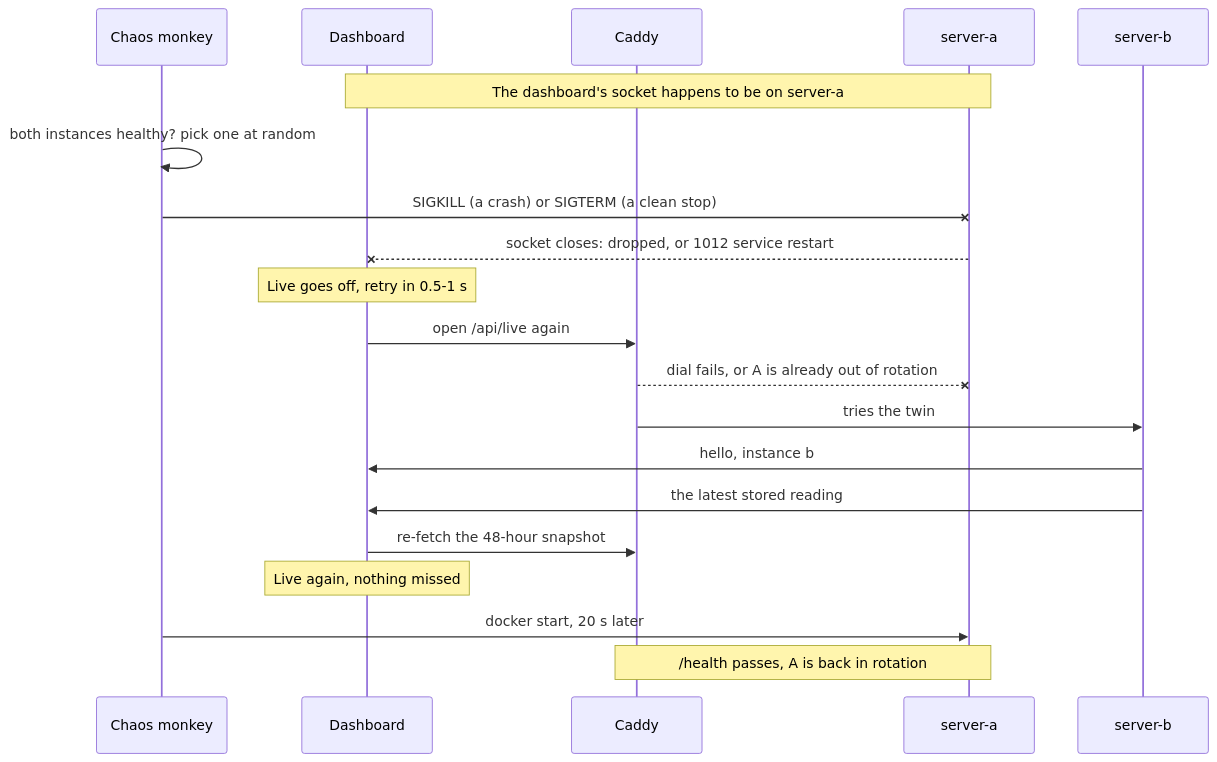
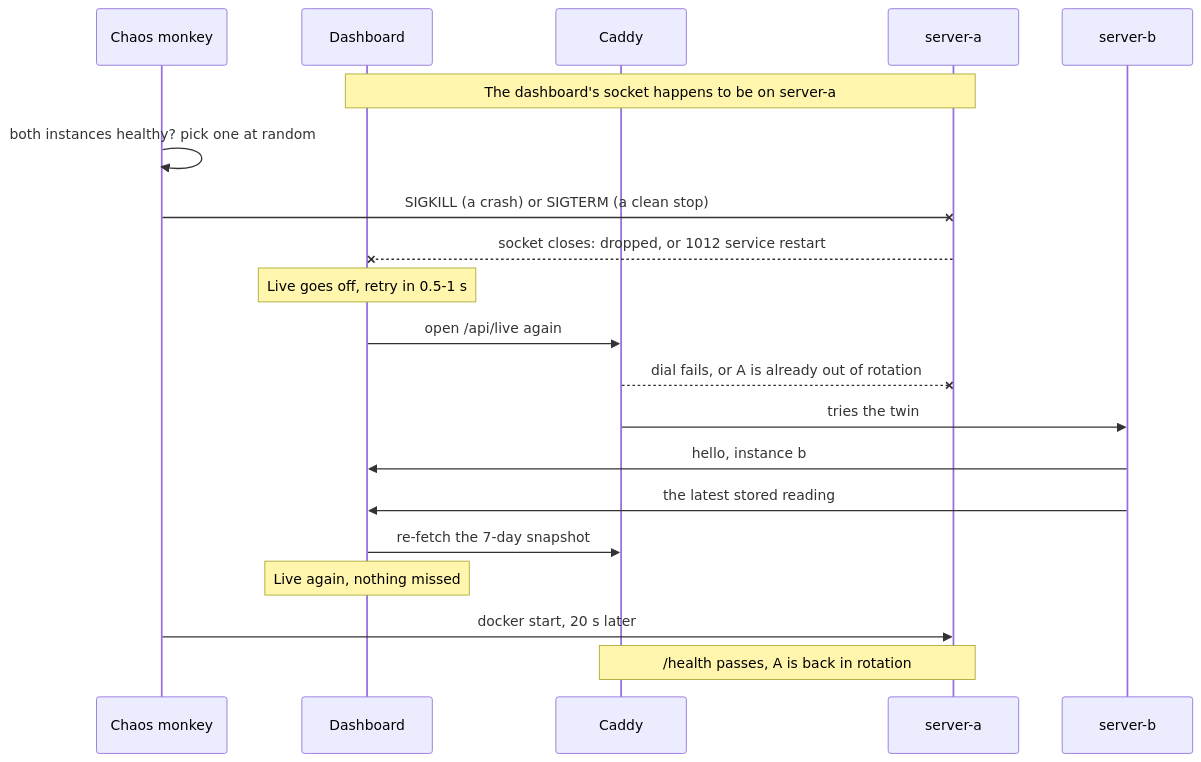
Before and after one commit to juhawilppu/plant: the third of 3 diagrams in README.md, drawn with Mermaid. The commit also changed other lines of this file and 7 other files, not shown here.

````diff
--- a/README.md
+++ b/README.md
@@ -126,23 +126,23 @@
 ```mermaid
 sequenceDiagram
     participant C as Chaos monkey
     participant D as Dashboard
     participant K as Caddy
     participant A as server-a
     participant B as server-b
 
     Note over D,A: The dashboard's socket happens to be on server-a
     C->>C: both instances healthy? pick one at random
     C-xA: SIGKILL (a crash) or SIGTERM (a clean stop)
     A--xD: socket closes: dropped, or 1012 service restart
     Note over D: Live goes off, retry in 0.5-1 s
     D->>K: open /api/live again
     K--xA: dial fails, or A is already out of rotation
     K->>B: tries the twin
     B->>D: hello, instance b
     B->>D: the latest stored reading
-    D->>K: re-fetch the 48-hour snapshot
+    D->>K: re-fetch the 7-day snapshot
     Note over D: Live again, nothing missed
     C->>A: docker start, 20 s later
     Note over K,A: /health passes, A is back in rotation
 ```
````
